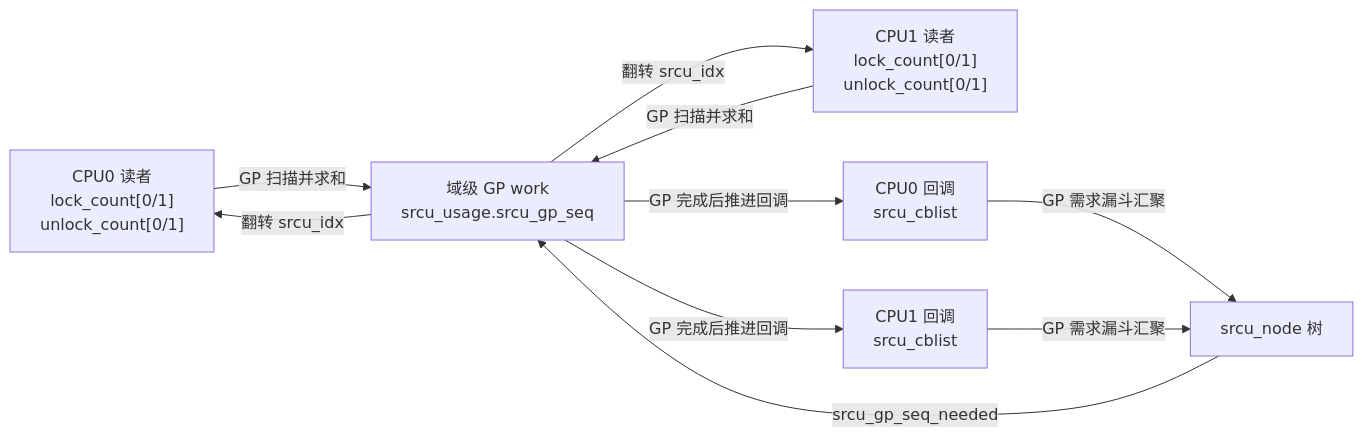
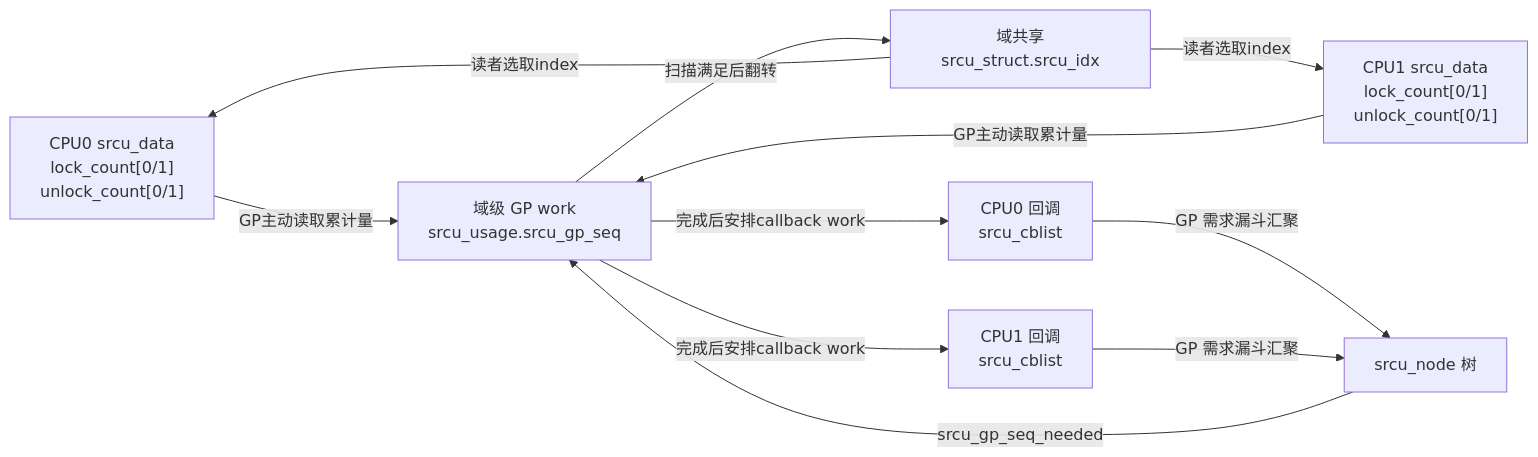
One commit to FormingSystem/linux_note changed the first of 2 diagrams in knowledge/linux/synchronization_and_asynchrony/synchronization/rcu/P18_SRCU_私有域与双_index_状态机.md. Above: the diagram before and after it, drawn with Mermaid. The commit also changed other lines of this file and 1 other file, not shown here.

First line of the commit message:
content(rcu/srcu): 建立私有域计数到回调交付的完整过程

````diff
--- a/knowledge/linux/synchronization_and_asynchrony/synchronization/rcu/P18_SRCU_私有域与双_index_状态机.md
+++ b/knowledge/linux/synchronization_and_asynchrony/synchronization/rcu/P18_SRCU_私有域与双_index_状态机.md
@@ -124,12 +130,13 @@
 ```mermaid
 flowchart LR
-    R0["CPU0 读者<br/>lock_count[0/1]<br/>unlock_count[0/1]"] -->|"GP 扫描并求和"| G["域级 GP work<br/>srcu_usage.srcu_gp_seq"]
-    R1["CPU1 读者<br/>lock_count[0/1]<br/>unlock_count[0/1]"] -->|"GP 扫描并求和"| G
+    R0["CPU0 srcu_data<br/>lock_count[0/1]<br/>unlock_count[0/1]"] -->|"GP主动读取累计量"| G["域级 GP work<br/>srcu_usage.srcu_gp_seq"]
+    R1["CPU1 srcu_data<br/>lock_count[0/1]<br/>unlock_count[0/1]"] -->|"GP主动读取累计量"| G
+    I["域共享srcu_struct.srcu_idx"] -->|"读者选取index"| R0
+    I -->|"读者选取index"| R1
     C0["CPU0 回调<br/>srcu_cblist"] -->|"GP 需求漏斗汇聚"| N["srcu_node 树"]
     C1["CPU1 回调<br/>srcu_cblist"] -->|"GP 需求漏斗汇聚"| N
     N -->|"srcu_gp_seq_needed"| G
-    G -->|"翻转 srcu_idx"| R0
-    G -->|"翻转 srcu_idx"| R1
-    G -->|"GP 完成后推进回调"| C0
-    G -->|"GP 完成后推进回调"| C1
+    G -->|"扫描满足后翻转"| I
+    G -->|"完成后安排callback work"| C0
+    G -->|"完成后安排callback work"| C1
 ```
````
